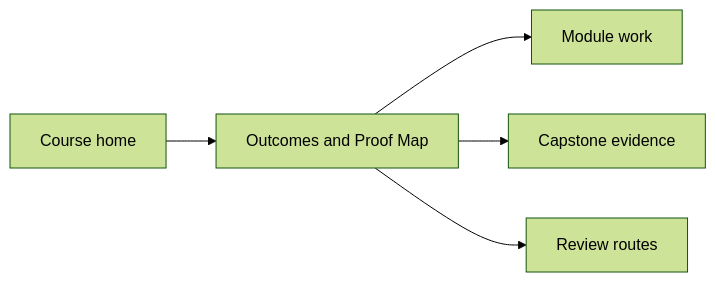
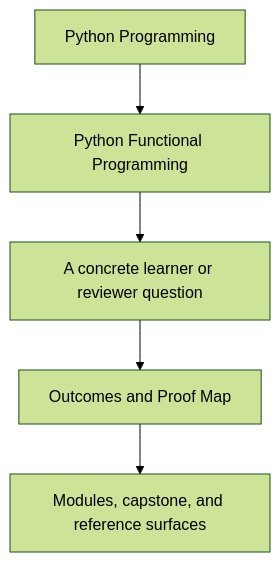
One commit to bijux/bijux-masterclass changed the first of 2 diagrams in programs/python-programming/python-functional-programming/course-book/guides/outcomes-and-proof-map.md. Above: the diagram before and after it, drawn with Mermaid (forest theme). The commit also changed other lines of this file and 23 other files, not shown here.

Commit message:
docs(python-functional-programming): sharpen guide and reference diagrams

````diff
--- a/programs/python-programming/python-functional-programming/course-book/guides/outcomes-and-proof-map.md
+++ b/programs/python-programming/python-functional-programming/course-book/guides/outcomes-and-proof-map.md
@@ -7,7 +7,7 @@
 ```mermaid
-graph LR
-  home["Course home"] --> map["Outcomes and Proof Map"]
-  map --> modules["Module work"]
-  map --> capstone["Capstone evidence"]
-  map --> review["Review routes"]
+flowchart TD
+  family["Python Programming"] --> program["Python Functional Programming"]
+  program --> pressure["A concrete learner or reviewer question"]
+  pressure --> guide["Outcomes and Proof Map"]
+  guide --> next["Modules, capstone, and reference surfaces"]
 ```
````
